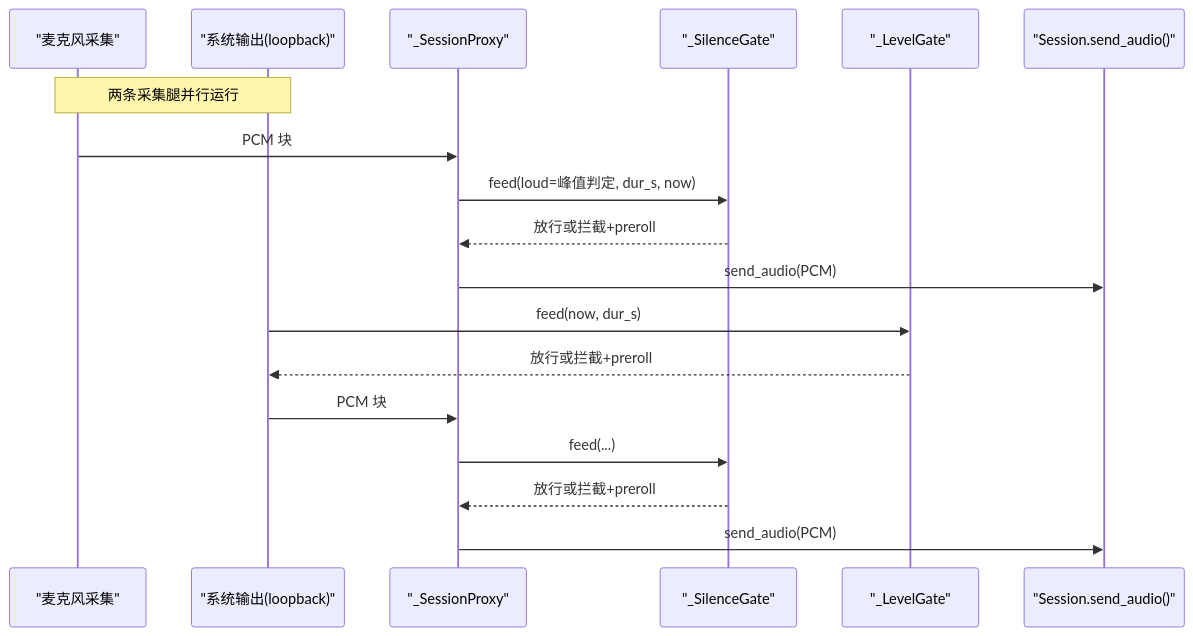
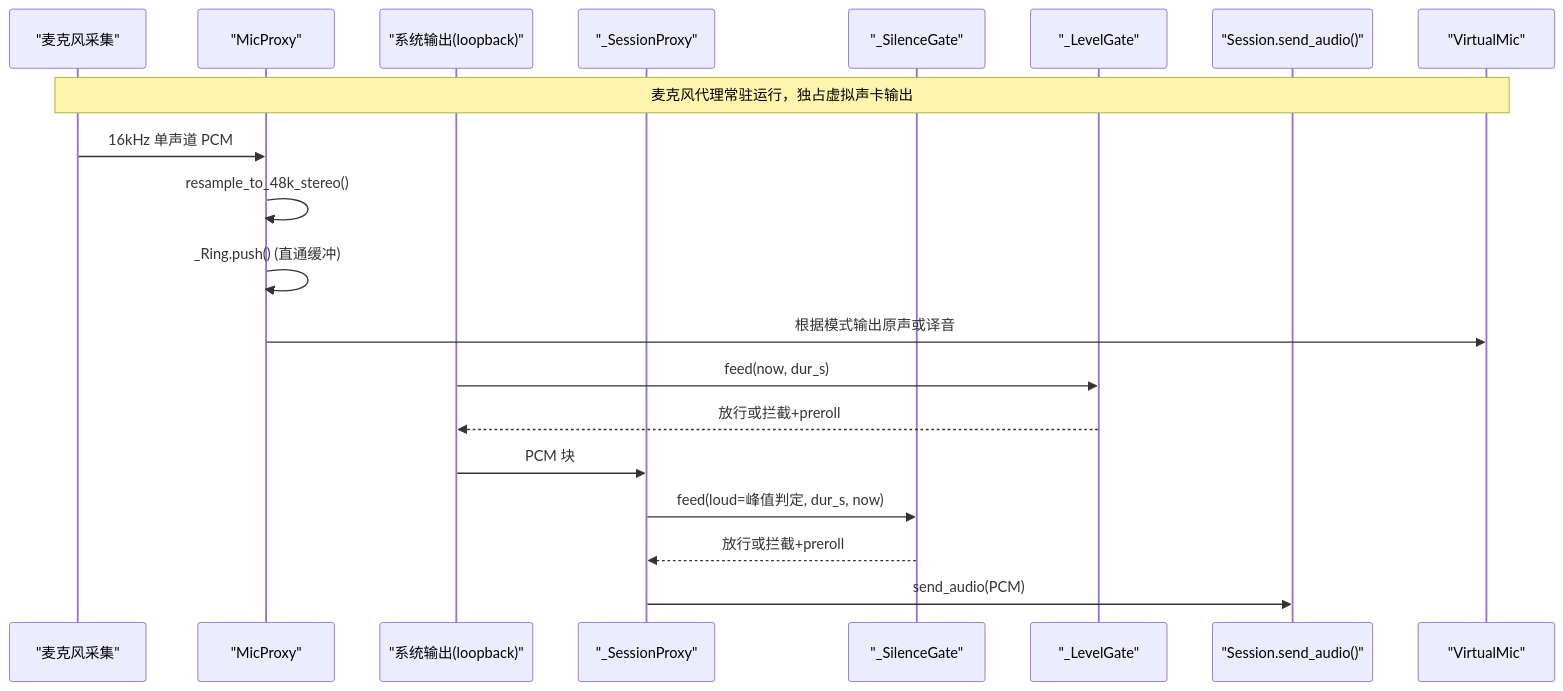
Before and after one commit to EMeowAGENT/vrchat-livetranslate: the second of 9 diagrams in .qoder/repowiki/zh/content/核心引擎架构/音频处理管道/音频处理管道.md, drawn with Mermaid. The commit also changed other lines of this file and 75 other files, not shown here.

````diff
--- a/.qoder/repowiki/zh/content/核心引擎架构/音频处理管道/音频处理管道.md
+++ b/.qoder/repowiki/zh/content/核心引擎架构/音频处理管道/音频处理管道.md
@@ -96,20 +120,22 @@
 ```mermaid
 sequenceDiagram
 participant Mic as "麦克风采集"
+participant MP as "MicProxy"
 participant LB as "系统输出(loopback)"
 participant Proxy as "_SessionProxy"
 participant SG as "_SilenceGate"
 participant LG as "_LevelGate"
 participant Sess as "Session.send_audio()"
-Note over Mic,LB : 两条采集腿并行运行
-Mic->>Proxy : PCM 块
+participant VM as "VirtualMic"
+Note over Mic,VM : 麦克风代理常驻运行，独占虚拟声卡输出
+Mic->>MP : 16kHz 单声道 PCM
+MP->>MP : resample_to_48k_stereo()
+MP->>MP : _Ring.push() (直通缓冲)
+MP->>VM : 根据模式输出原声或译音
+LB->>LG : feed(now, dur_s)
+LG-->>LB : 放行或拦截+preroll
+LB->>Proxy : PCM 块
 Proxy->>SG : feed(loud=峰值判定, dur_s, now)
 SG-->>Proxy : 放行或拦截+preroll
 Proxy->>Sess : send_audio(PCM)
-LB->>LG : feed(now, dur_s)
-LG-->>LB : 放行或拦截+preroll
-LB->>Proxy : PCM 块
-Proxy->>SG : feed(...)
-SG-->>Proxy : 放行或拦截+preroll
-Proxy->>Sess : send_audio(PCM)
 ```
````
